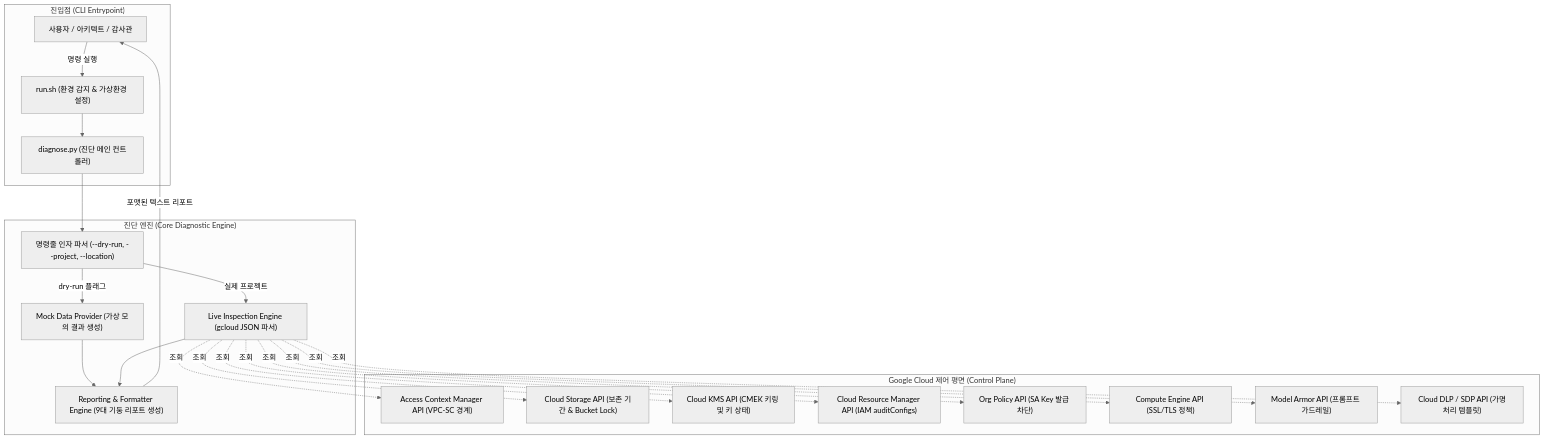
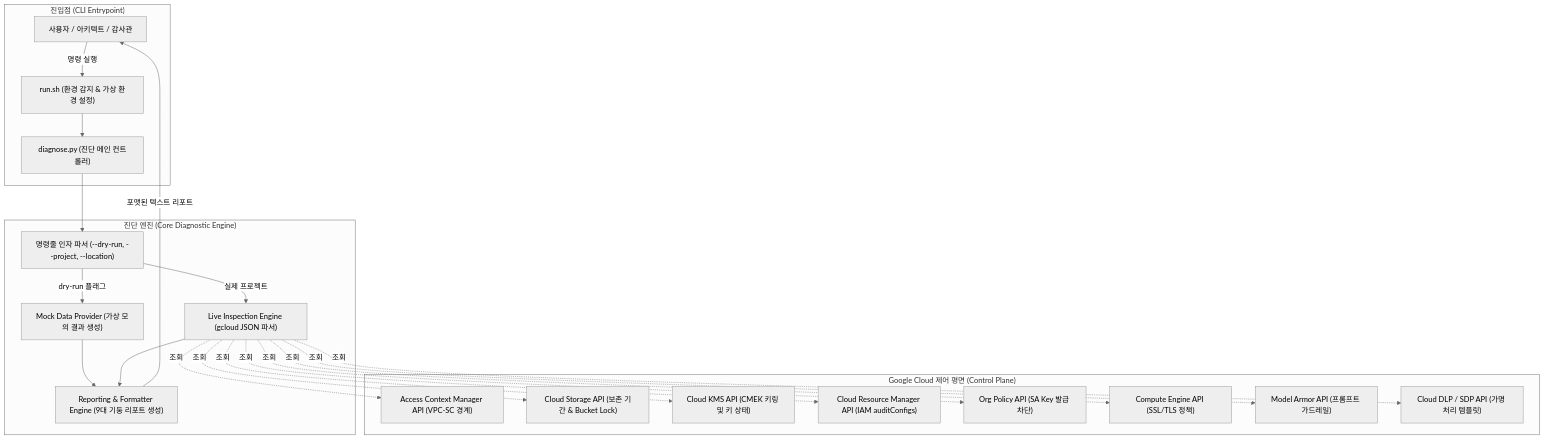
The diagram in samples/korea-fsi-regulatory-perimeter-guard/docs/TDD.md (jiangjun-forge/google-cloud-0-to-1), drawn with Mermaid (neutral theme) before and after one commit. The commit also changed other lines of this file and 13 other files, not shown here.

````diff
--- a/samples/korea-fsi-regulatory-perimeter-guard/docs/TDD.md
+++ b/samples/korea-fsi-regulatory-perimeter-guard/docs/TDD.md
@@ -33,43 +33,43 @@
 ```mermaid
 flowchart TD
     subgraph CLI_Entry["진입점 (CLI Entrypoint)"]
         User["사용자 / 아키텍트 / 감사관"]
-        RunSh["run.sh (환경 감지 & 가상환경 설정)"]
+        RunSh["run.sh (환경 감지 & 가상 환경 설정)"]
         DiagnosePy["diagnose.py (진단 메인 컨트롤러)"]
     end
 
     subgraph Core_Engine["진단 엔진 (Core Diagnostic Engine)"]
         ArgParser["명령줄 인자 파서 (--dry-run, --project, --location)"]
         MockProvider["Mock Data Provider (가상 모의 결과 생성)"]
         LiveScanner["Live Inspection Engine (gcloud JSON 파서)"]
         Reporter["Reporting & Formatter Engine (9대 기둥 리포트 생성)"]
     end
 
     subgraph GCP_Cloud_APIs["Google Cloud 제어 평면 (Control Plane)"]
         VPC_SC["Access Context Manager API (VPC-SC 경계)"]
         Storage["Cloud Storage API (보존 기간 & Bucket Lock)"]
         KMS["Cloud KMS API (CMEK 키링 및 키 상태)"]
         IAM_Audit["Cloud Resource Manager API (IAM auditConfigs)"]
         Org_Policy["Org Policy API (SA Key 발급 차단)"]
         Compute_SSL["Compute Engine API (SSL/TLS 정책)"]
         Model_Armor["Model Armor API (프롬프트 가드레일)"]
-        DLP["Cloud DLP / SDP API (가명처리 템플릿)"]
+        DLP["Cloud DLP / SDP API (가명 처리 템플릿)"]
     end
 
     User -->|명령 실행| RunSh
     RunSh --> DiagnosePy
     DiagnosePy --> ArgParser
     ArgParser -->|dry-run 플래그| MockProvider
     ArgParser -->|실제 프로젝트| LiveScanner
     LiveScanner -.->|조회| VPC_SC
     LiveScanner -.->|조회| Storage
     LiveScanner -.->|조회| KMS
     LiveScanner -.->|조회| IAM_Audit
     LiveScanner -.->|조회| Org_Policy
     LiveScanner -.->|조회| Compute_SSL
     LiveScanner -.->|조회| Model_Armor
     LiveScanner -.->|조회| DLP
     MockProvider --> Reporter
     LiveScanner --> Reporter
     Reporter -->|포맷된 텍스트 리포트| User
 ```
````
